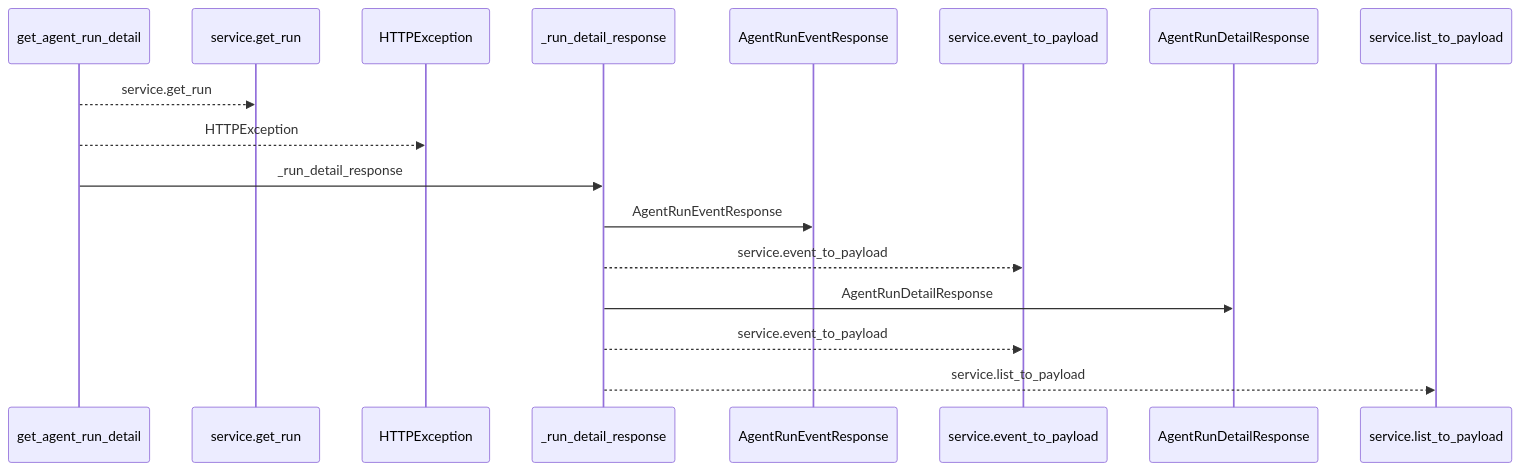
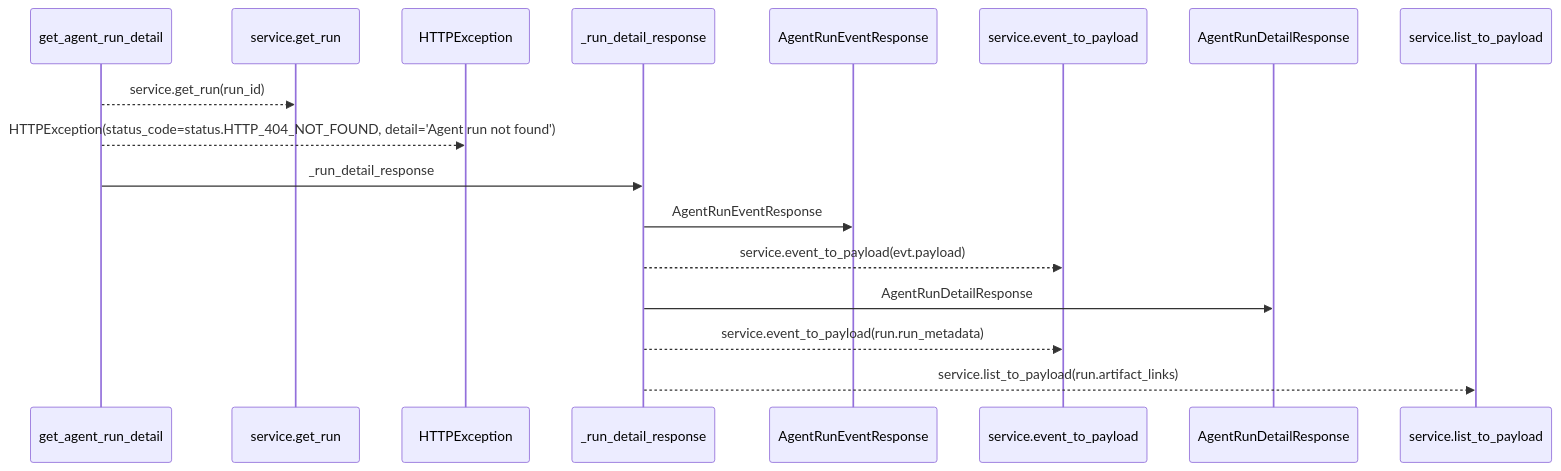
One commit to Denissvgn/WorkChord changed the first of 2 diagrams in docs/llm_wiki/flows/http-get_agent_run_detail.md. Above: the diagram before and after it, drawn with Mermaid. The commit also changed other lines of this file and 25171 other files, not shown here.

````diff
--- a/docs/llm_wiki/flows/http-get_agent_run_detail.md
+++ b/docs/llm_wiki/flows/http-get_agent_run_detail.md
@@ -10,19 +12,19 @@
 ```mermaid
 sequenceDiagram
     participant p0 as get_agent_run_detail
     participant p1 as service.get_run
     participant p2 as HTTPException
     participant p3 as _run_detail_response
     participant p4 as AgentRunEventResponse
     participant p5 as service.event_to_payload
     participant p6 as AgentRunDetailResponse
     participant p7 as service.list_to_payload
-    p0-->>p1: service.get_run
-    p0-->>p2: HTTPException
+    p0-->>p1: service.get_run(run_id)
+    p0-->>p2: HTTPException(status_code=status.HTTP_404_NOT_FOUND, detail='Agent run not found')
     p0->>p3: _run_detail_response
     p3->>p4: AgentRunEventResponse
-    p3-->>p5: service.event_to_payload
+    p3-->>p5: service.event_to_payload(evt.payload)
     p3->>p6: AgentRunDetailResponse
-    p3-->>p5: service.event_to_payload
-    p3-->>p7: service.list_to_payload
+    p3-->>p5: service.event_to_payload(run.run_metadata)
+    p3-->>p7: service.list_to_payload(run.artifact_links)
 ```
````
